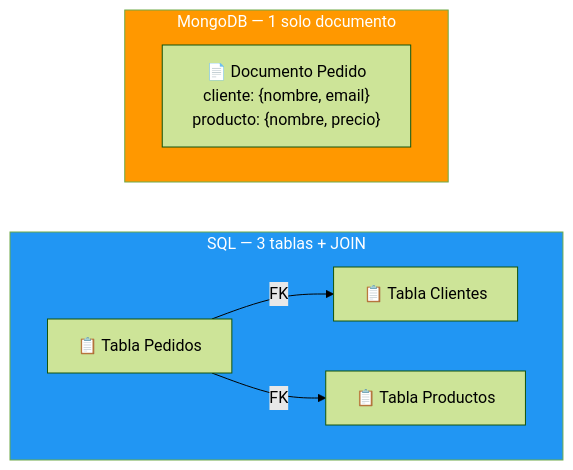
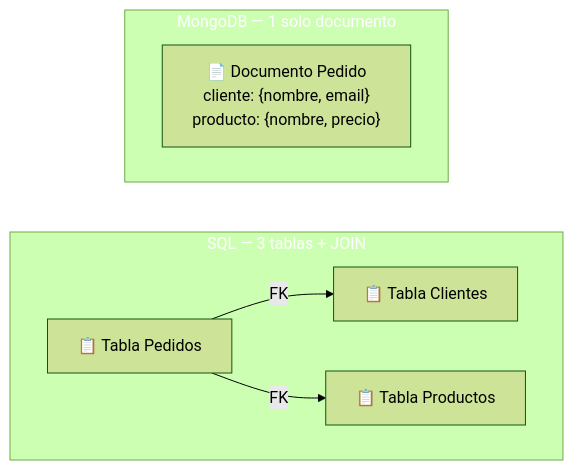
One commit to joseluisgs/DesarrolloWebEntornosServidor-01-2026-2027 changed the fifth of 14 diagrams in 21-sql-nosql.md. Above: the diagram before and after it, drawn with Mermaid (forest theme). The commit also changed other lines of this file and 66 other files, not shown here.

First line of the commit message:
fix: normalizar titulos al castellano de frase y corregir la paleta de mermaid

````diff
--- a/21-sql-nosql.md
+++ b/21-sql-nosql.md
@@ -1181,16 +1181,16 @@
 ```mermaid
 graph LR
     subgraph SQL["SQL — 3 tablas + JOIN"]
         direction LR
         T1["📋 Tabla Pedidos"] -->|"FK"| T2["📋 Tabla Clientes"]
         T1 -->|"FK"| T3["📋 Tabla Productos"]
     end
 
     subgraph MONGO["MongoDB — 1 solo documento"]
         direction LR
         D1["📄 Documento Pedido<br/>cliente: {nombre, email}<br/>producto: {nombre, precio}"]
     end
 
-    style SQL fill:#2196F3,color:#fff
-    style MONGO fill:#FF9800,color:#fff
+    style SQL fill:#2196F,color:#fff3,color:#fff
+    style MONGO fill:#FF980,color:#fff0,color:#fff
 ```
````
